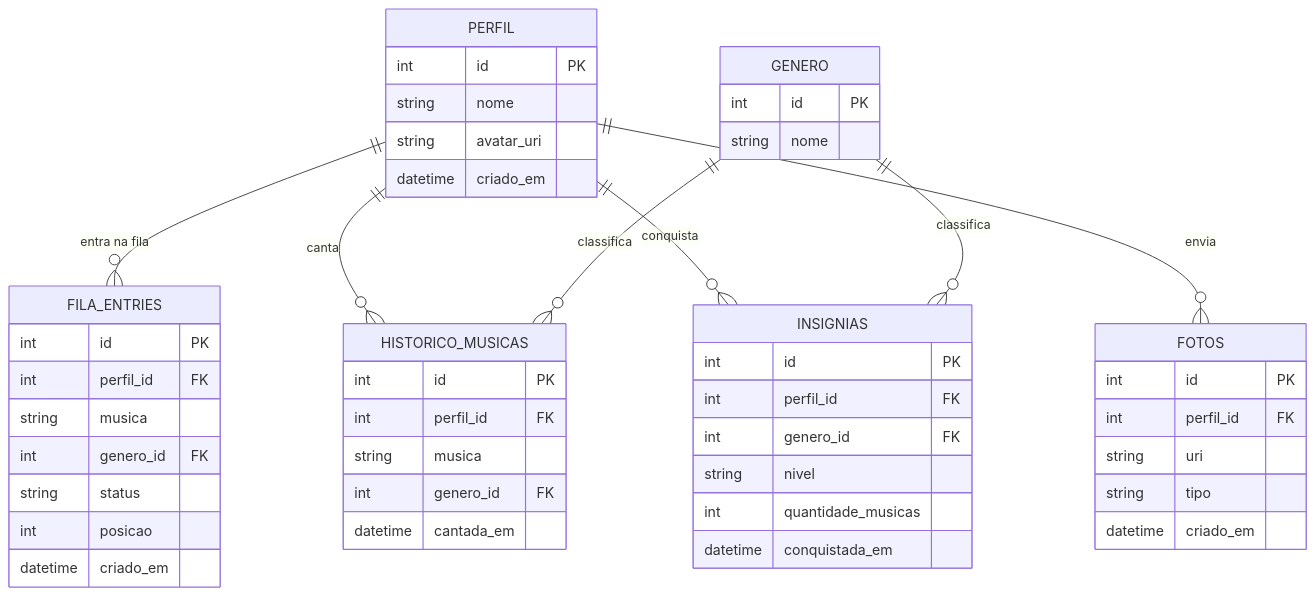
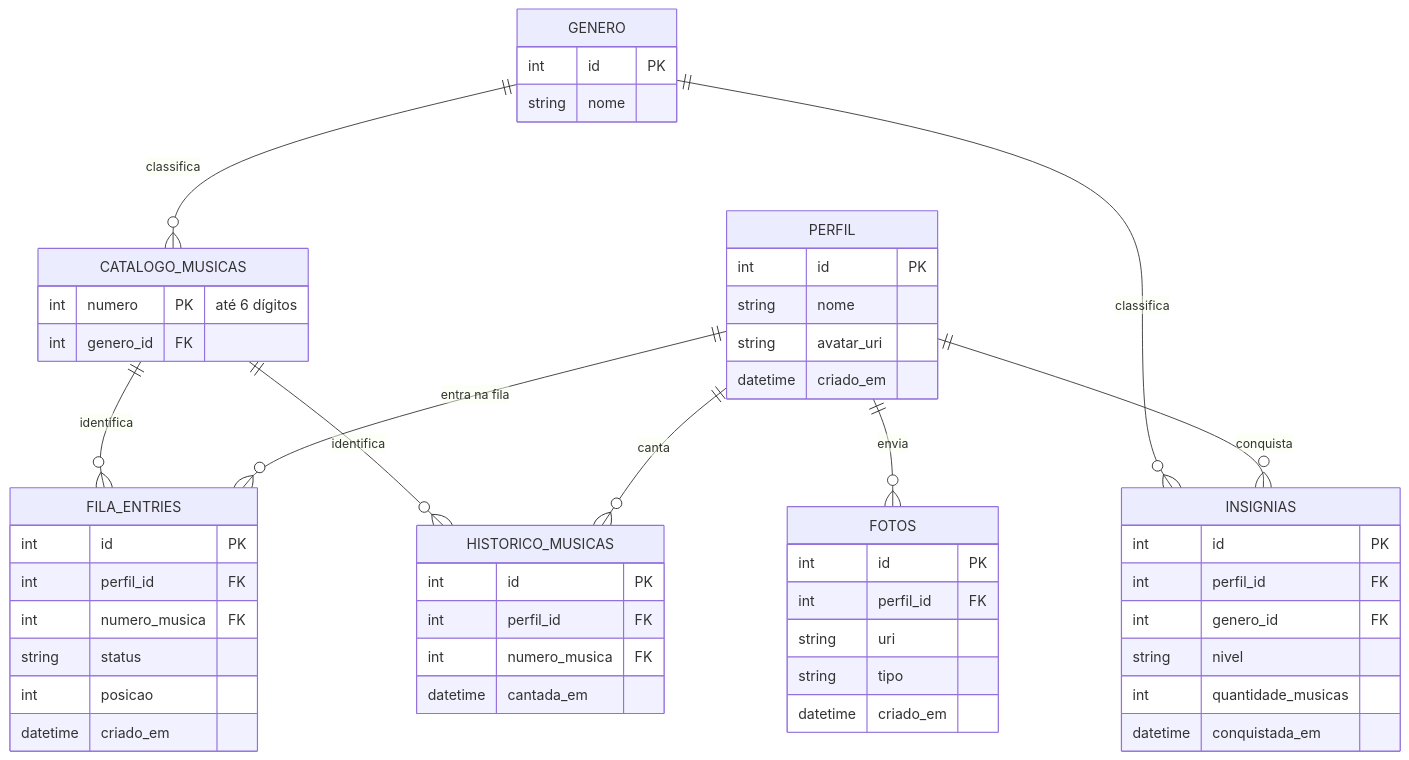
One commit to william-wv/app-julius changed the diagram in README.md. Above: the diagram before and after it, drawn with Mermaid. The commit also changed other lines of this file, not shown here.

Commit message:
docs: música vira número de catálogo, gênero resolvido pelo banco

````diff
--- a/README.md
+++ b/README.md
@@ -40,51 +42,55 @@
 ```mermaid
 erDiagram
     PERFIL ||--o{ FILA_ENTRIES : "entra na fila"
     PERFIL ||--o{ HISTORICO_MUSICAS : "canta"
     PERFIL ||--o{ INSIGNIAS : "conquista"
     PERFIL ||--o{ FOTOS : "envia"
-    GENERO ||--o{ HISTORICO_MUSICAS : "classifica"
+    CATALOGO_MUSICAS ||--o{ FILA_ENTRIES : "identifica"
+    CATALOGO_MUSICAS ||--o{ HISTORICO_MUSICAS : "identifica"
+    GENERO ||--o{ CATALOGO_MUSICAS : "classifica"
     GENERO ||--o{ INSIGNIAS : "classifica"
 
     PERFIL {
         int id PK
         string nome
         string avatar_uri
         datetime criado_em
     }
     GENERO {
         int id PK
         string nome
     }
+    CATALOGO_MUSICAS {
+        int numero PK "até 6 dígitos"
+        int genero_id FK
+    }
     FILA_ENTRIES {
         int id PK
         int perfil_id FK
-        string musica
-        int genero_id FK
+        int numero_musica FK
         string status
         int posicao
         datetime criado_em
     }
     HISTORICO_MUSICAS {
         int id PK
         int perfil_id FK
-        string musica
-        int genero_id FK
+        int numero_musica FK
         datetime cantada_em
     }
     INSIGNIAS {
         int id PK
         int perfil_id FK
         int genero_id FK
         string nivel
         int quantidade_musicas
         datetime conquistada_em
     }
     FOTOS {
         int id PK
         int perfil_id FK
         string uri
         string tipo
         datetime criado_em
     }
 ```
````
